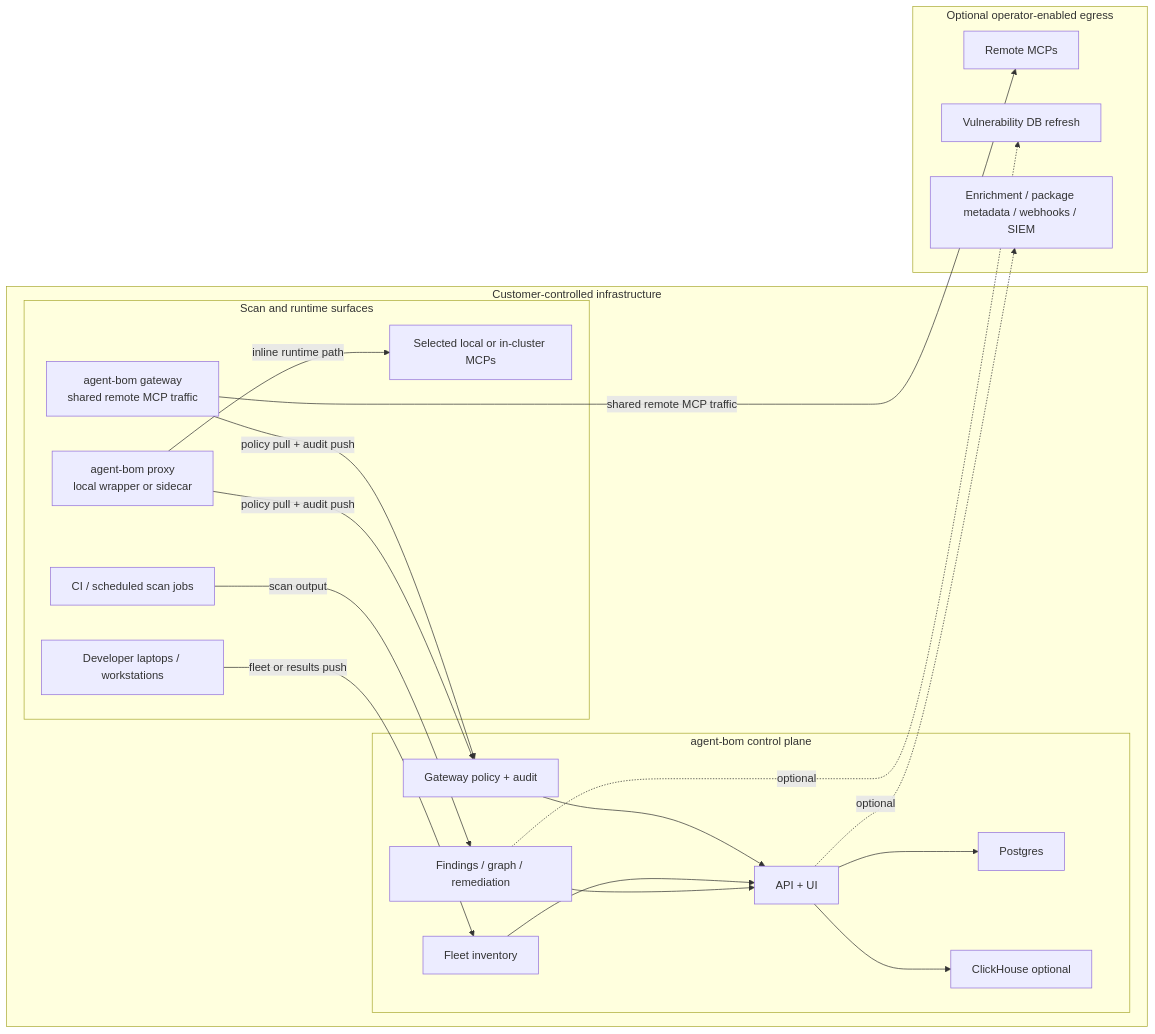
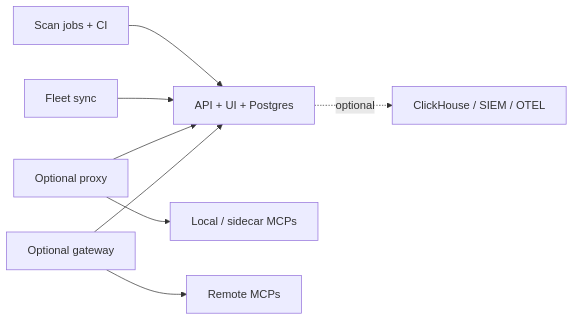
One commit to msaad00/agent-bom changed the diagram in site-docs/deployment/overview.md. Above: the diagram before and after it, drawn with Mermaid. The commit also changed other lines of this file and 3 other files, not shown here.

````diff
--- a/site-docs/deployment/overview.md
+++ b/site-docs/deployment/overview.md
@@ -97,41 +126,10 @@
 ```mermaid
 flowchart LR
-    subgraph Customer["Customer-controlled infrastructure"]
-      subgraph Sources["Scan and runtime surfaces"]
-        CI["CI / scheduled scan jobs"]
-        Endpoints["Developer laptops / workstations"]
-        Proxy["agent-bom proxy<br/>local wrapper or sidecar"]
-        LocalMCP["Selected local or in-cluster MCPs"]
-        Gateway["agent-bom gateway<br/>shared remote MCP traffic"]
-      end
-
-      subgraph Plane["agent-bom control plane"]
-        API["API + UI"]
-        Fleet["Fleet inventory"]
-        Policy["Gateway policy + audit"]
-        Findings["Findings / graph / remediation"]
-        PG["Postgres"]
-        CH["ClickHouse optional"]
-      end
-    end
-
-    subgraph Optional["Optional operator-enabled egress"]
-      Remote["Remote MCPs"]
-      Vuln["Vulnerability DB refresh"]
-      Enrich["Enrichment / package metadata / webhooks / SIEM"]
-    end
-
-    CI -->|scan output| Findings
-    Endpoints -->|fleet or results push| Fleet
-    Proxy -->|inline runtime path| LocalMCP
-    Proxy -->|policy pull + audit push| Policy
-    Gateway -->|policy pull + audit push| Policy
-    Gateway -->|shared remote MCP traffic| Remote
-    Findings --> API
-    Fleet --> API
-    Policy --> API
-    API --> PG
-    API --> CH
-    Findings -. optional .-> Vuln
-    API -. optional .-> Enrich
+    Scan["Scan jobs + CI"] --> API["API + UI + Postgres"]
+    Fleet["Fleet sync"] --> API
+    Proxy["Optional proxy"] --> API
+    Gateway["Optional gateway"] --> API
+    Proxy --> Local["Local / sidecar MCPs"]
+    Gateway --> Remote["Remote MCPs"]
+    API -. optional .-> Analytics["ClickHouse / SIEM / OTEL"]
 ```
````
